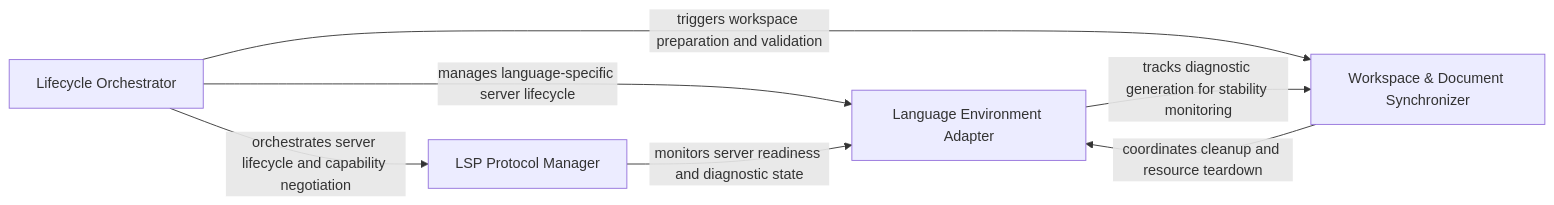
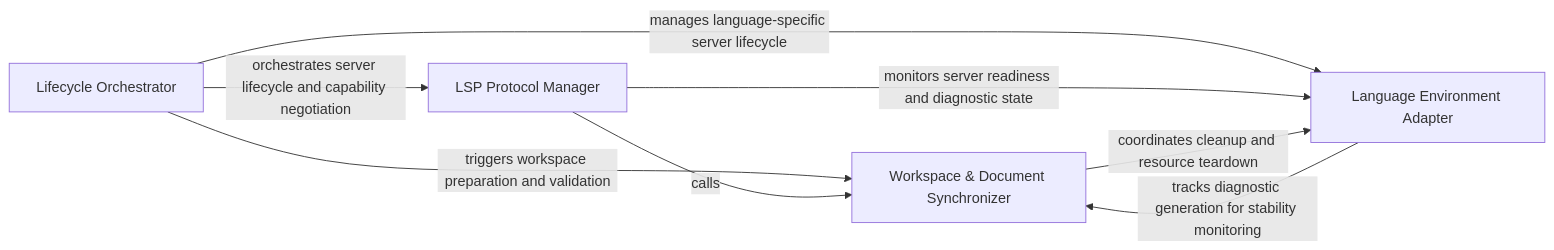
One commit to CodeBoarding/CodeBoarding changed the diagram in .codeboarding/Workspace_Lifecycle_Manager.md. Above: the diagram before and after it, drawn with Mermaid. The commit also changed other lines of this file and 37 other files, not shown here.

Commit message:
chore(codeboarding): sync architecture baseline

````diff
--- a/.codeboarding/Workspace_Lifecycle_Manager.md
+++ b/.codeboarding/Workspace_Lifecycle_Manager.md
@@ -1,13 +1,14 @@
 ```mermaid
 graph LR
     Lifecycle_Orchestrator["Lifecycle Orchestrator"]
     LSP_Protocol_Manager["LSP Protocol Manager"]
     Workspace_Document_Synchronizer["Workspace & Document Synchronizer"]
     Language_Environment_Adapter["Language Environment Adapter"]
     Lifecycle_Orchestrator -- "orchestrates server lifecycle and capability negotiation" --> LSP_Protocol_Manager
     Lifecycle_Orchestrator -- "triggers workspace preparation and validation" --> Workspace_Document_Synchronizer
     Lifecycle_Orchestrator -- "manages language-specific server lifecycle" --> Language_Environment_Adapter
+    LSP_Protocol_Manager -- "calls" --> Workspace_Document_Synchronizer
     LSP_Protocol_Manager -- "monitors server readiness and diagnostic state" --> Language_Environment_Adapter
     Workspace_Document_Synchronizer -- "coordinates cleanup and resource teardown" --> Language_Environment_Adapter
     Language_Environment_Adapter -- "tracks diagnostic generation for stability monitoring" --> Workspace_Document_Synchronizer
 ```
````
